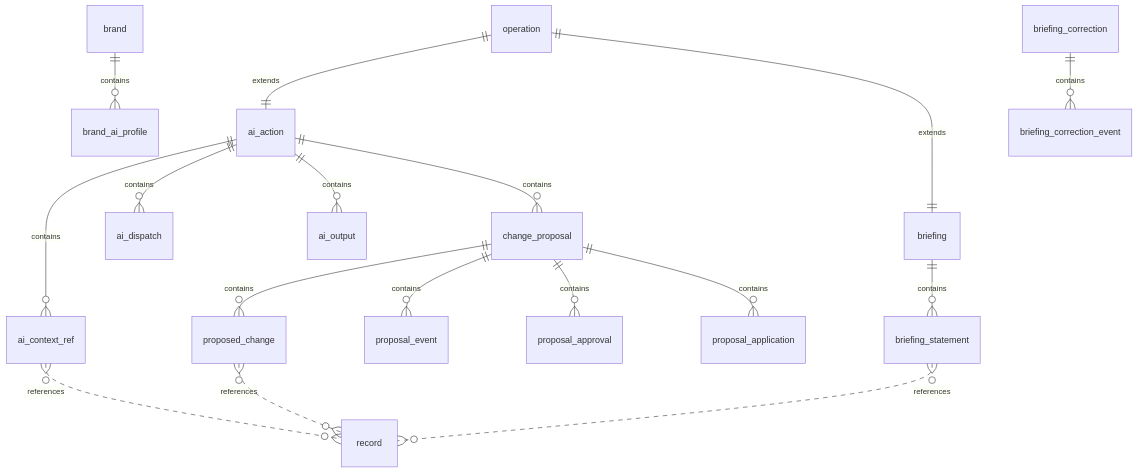
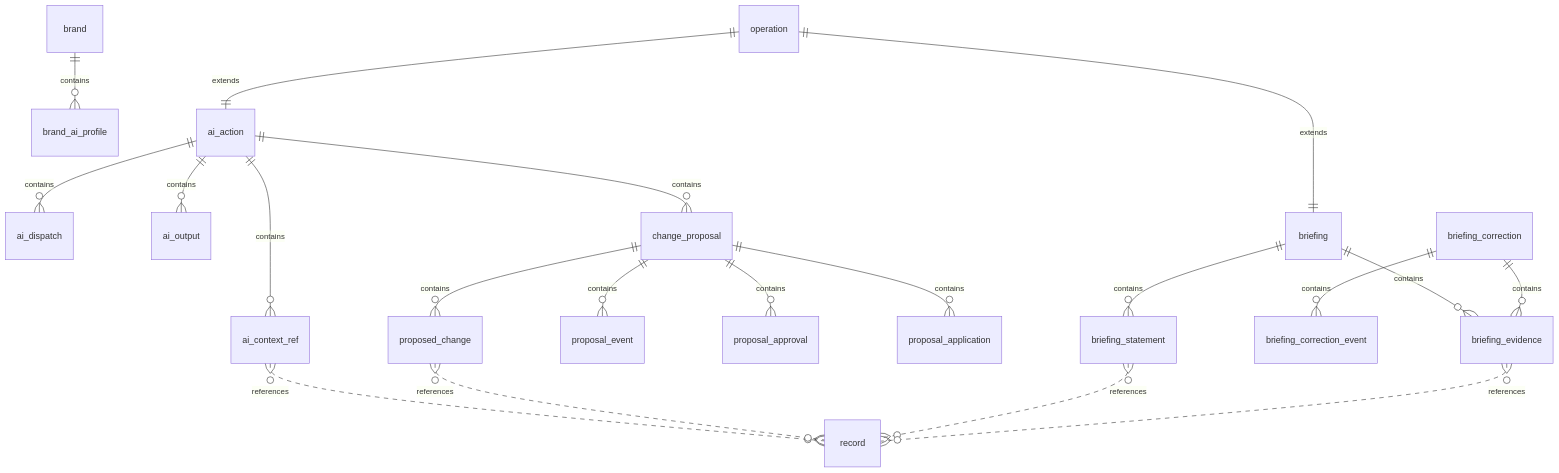
Before and after one commit to KatrielMoses/pm: diagram 27 of 31 in docs/architecture/data/generated/er-diagrams.md, drawn with Mermaid. The commit also changed 31 other files, not shown here.

````diff
--- a/docs/architecture/data/generated/er-diagrams.md
+++ b/docs/architecture/data/generated/er-diagrams.md
@@ -433,19 +433,22 @@
 ```mermaid
 erDiagram
   brand ||--o{ brand_ai_profile : "contains"
   operation ||--|| ai_action : "extends"
   ai_action ||--o{ ai_context_ref : "contains"
   ai_context_ref }o..o{ record : "references"
   ai_action ||--o{ ai_dispatch : "contains"
   ai_action ||--o{ ai_output : "contains"
   ai_action ||--o{ change_proposal : "contains"
   change_proposal ||--o{ proposed_change : "contains"
   proposed_change }o..o{ record : "references"
   change_proposal ||--o{ proposal_event : "contains"
   change_proposal ||--o{ proposal_approval : "contains"
   change_proposal ||--o{ proposal_application : "contains"
   operation ||--|| briefing : "extends"
   briefing ||--o{ briefing_statement : "contains"
   briefing_statement }o..o{ record : "references"
   briefing_correction ||--o{ briefing_correction_event : "contains"
+  briefing ||--o{ briefing_evidence : "contains"
+  briefing_correction ||--o{ briefing_evidence : "contains"
+  briefing_evidence }o..o{ record : "references"
 ```
````
